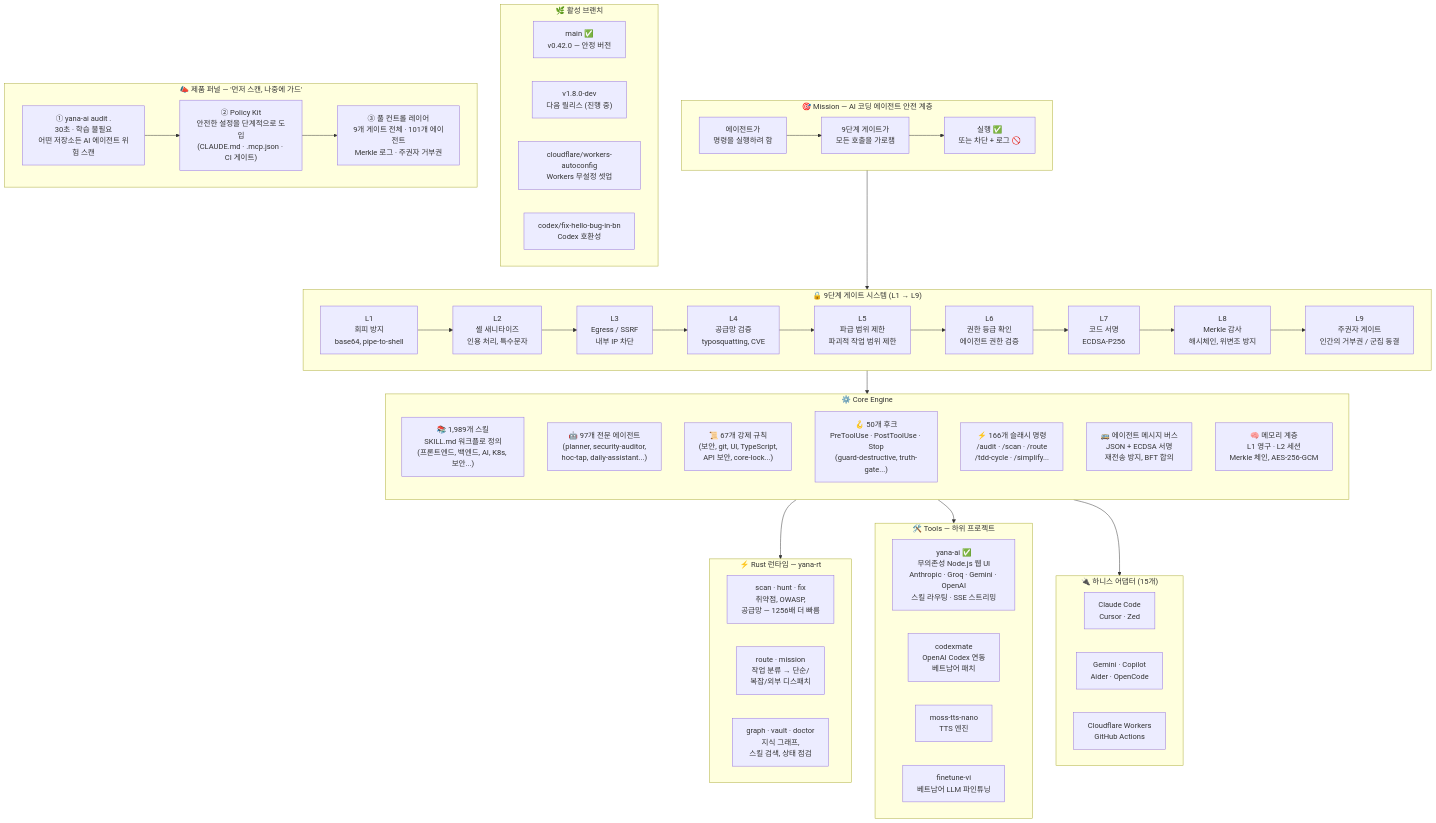
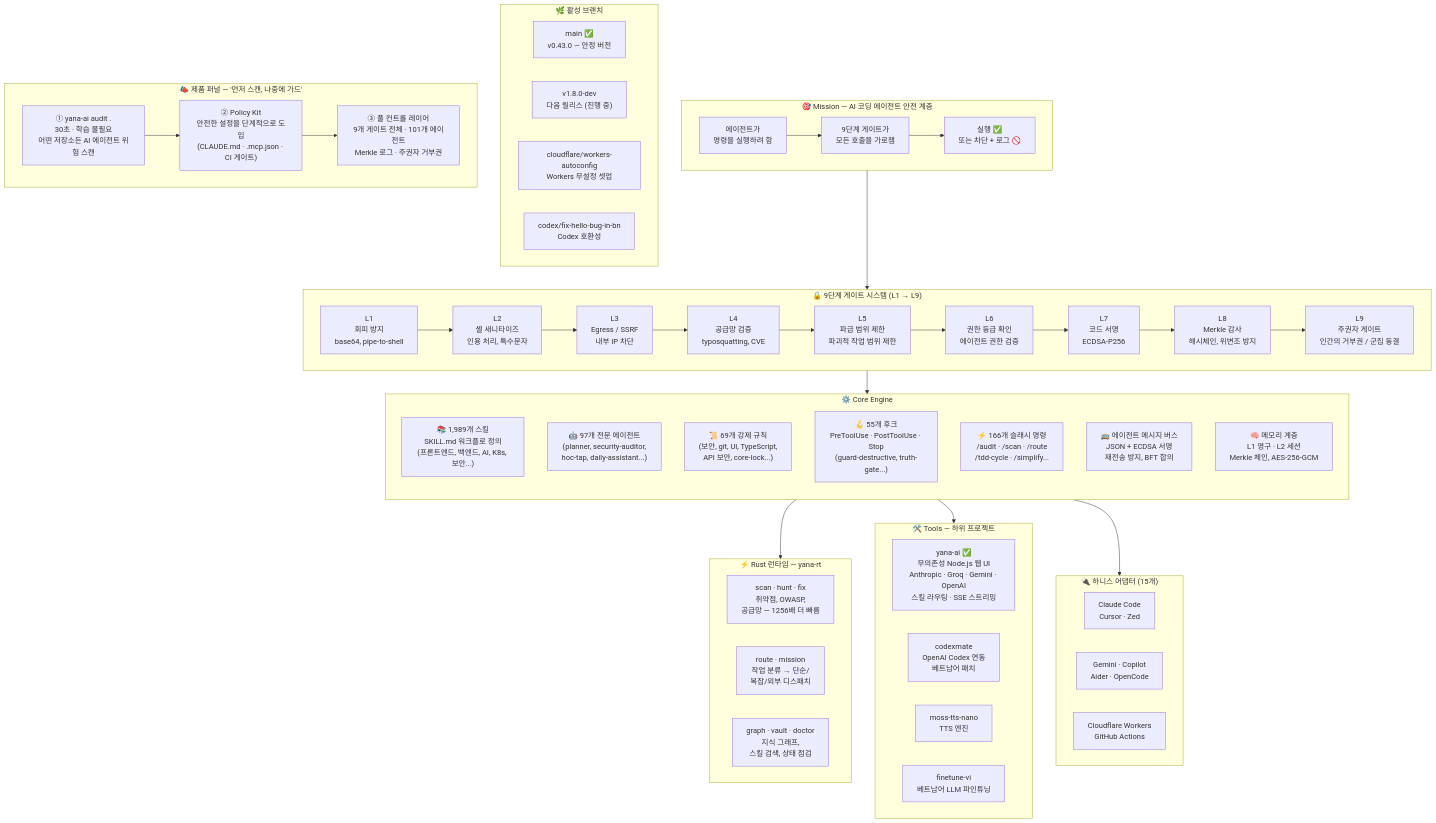
Before and after one commit to yanacuti1121/Yana-AI: the diagram in README.ko.md, drawn with Mermaid. The commit also changed other lines of this file and 17 other files, not shown here.

```diff
--- a/README.ko.md
+++ b/README.ko.md
@@ -149,8 +149,8 @@
         direction TB
         SKILLS["📚 1,989개 스킬\nSKILL.md 워크플로 정의\n(프론트엔드, 백엔드, AI, K8s, 보안...)"]
         AGENTS["🤖 97개 전문 에이전트\n(planner, security-auditor,\nhoc-tap, daily-assistant...)"]
-        RULES["📜 67개 강제 규칙\n(보안, git, UI, TypeScript,\nAPI 보안, core-lock...)"]
-        HOOKS["🪝 50개 후크\nPreToolUse · PostToolUse · Stop\n(guard-destructive, truth-gate...)"]
+        RULES["📜 69개 강제 규칙\n(보안, git, UI, TypeScript,\nAPI 보안, core-lock...)"]
+        HOOKS["🪝 55개 후크\nPreToolUse · PostToolUse · Stop\n(guard-destructive, truth-gate...)"]
         CMDS["⚡ 166개 슬래시 명령\n/audit · /scan · /route\n/tdd-cycle · /simplify..."]
         BUS["🚌 에이전트 메시지 버스\nJSON + ECDSA 서명\n재전송 방지, BFT 합의"]
         MEM["🧠 메모리 계층\nL1 영구 · L2 세션\nMerkle 체인, AES-256-GCM"]
@@ -184,7 +184,7 @@
     %% ── Active branches ──────────────────────────────────────────────────
     subgraph BRANCHES["🌿 활성 브랜치"]
         direction LR
-        BMAIN["main ✅\nv0.42.0 — 안정 버전"]
+        BMAIN["main ✅\nv0.43.0 — 안정 버전"]
         BVDEV["v1.8.0-dev\n다음 릴리스 (진행 중)"]
         BCF["cloudflare/workers-autoconfig\nWorkers 무설정 셋업"]
         BCX["codex/fix-hello-bug-in-bn\nCodex 호환성"]
```
